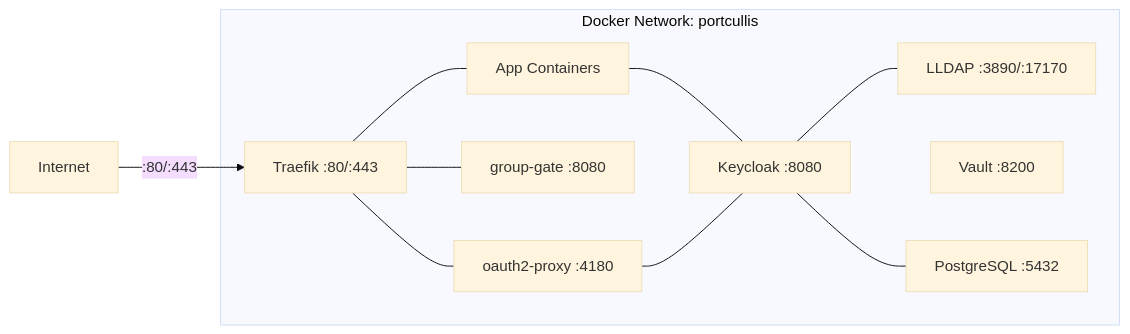
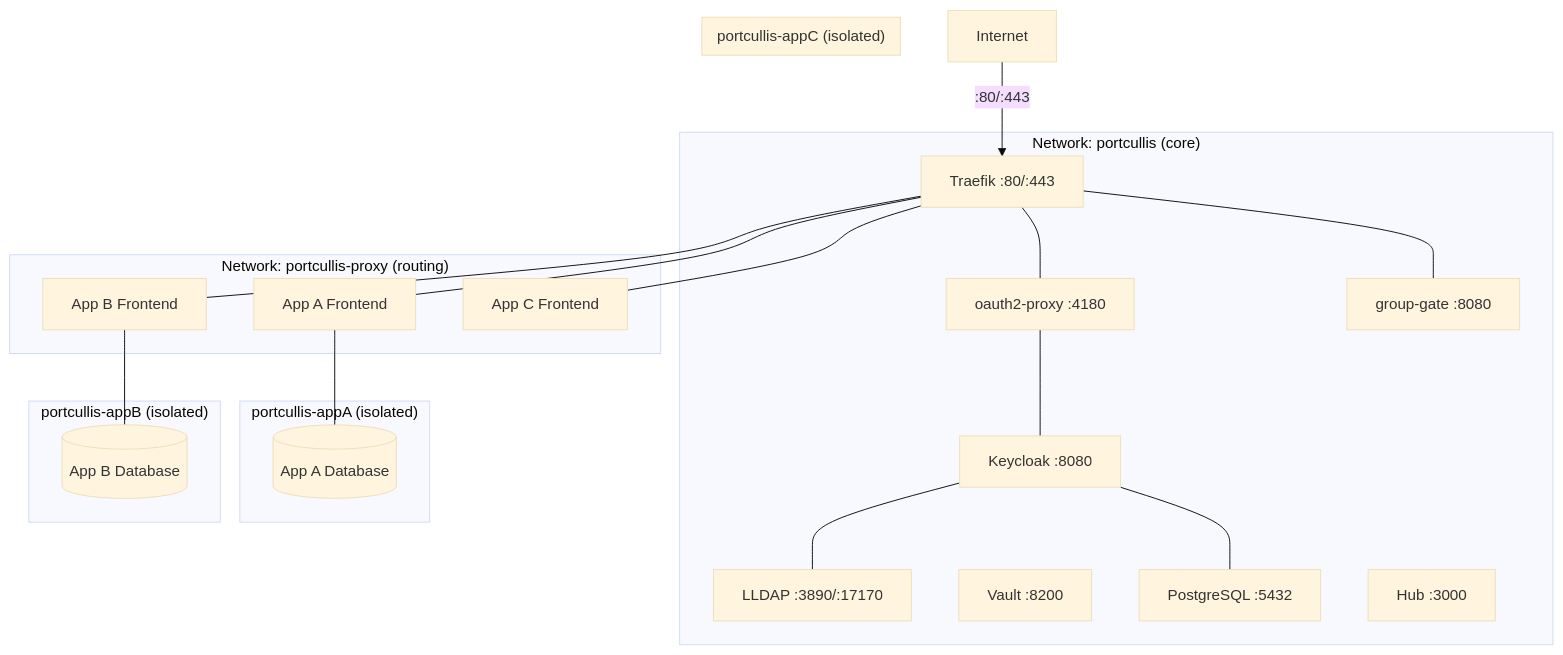
The sixth of 6 diagrams in docs/architecture.md (porelli/portcullis-docs), drawn with Mermaid (base theme) before and after one commit. The commit also changed other lines of this file and 5 other files, not shown here.

First line of the commit message:
Update docs for multi-repo architecture

````diff
--- a/docs/architecture.md
+++ b/docs/architecture.md
@@ -190,22 +208,47 @@
 ```mermaid
-graph LR
-    subgraph Docker Network: portcullis
+graph TB
+    Internet -->|:80/:443| T
+
+    subgraph "Network: portcullis (core)"
         T[Traefik :80/:443]
         KC[Keycloak :8080]
         LL[LLDAP :3890/:17170]
         V[Vault :8200]
         PG[PostgreSQL :5432]
         O2[oauth2-proxy :4180]
         GG[group-gate :8080]
-        Apps[App Containers]
+        Hub[Hub :3000]
     end
 
-    Internet -->|:80/:443| T
+    subgraph "Network: portcullis-proxy (routing)"
+        T
+        AppA_FE[App A Frontend]
+        AppB_FE[App B Frontend]
+        AppC_FE[App C Frontend]
+    end
+
+    subgraph "portcullis-appA (isolated)"
+        AppA_FE
+        AppA_DB[(App A Database)]
+    end
+
+    subgraph "portcullis-appB (isolated)"
+        AppB_FE
+        AppB_DB[(App B Database)]
+    end
+
+    subgraph "portcullis-appC (isolated)"
+        AppC_FE
+    end
+
     T --- O2
     T --- GG
-    T --- Apps
-    Apps --- KC
+    T --- AppA_FE
+    T --- AppB_FE
+    T --- AppC_FE
+    AppA_FE --- AppA_DB
+    AppB_FE --- AppB_DB
     KC --- LL
     KC --- PG
     O2 --- KC
 ```
````
